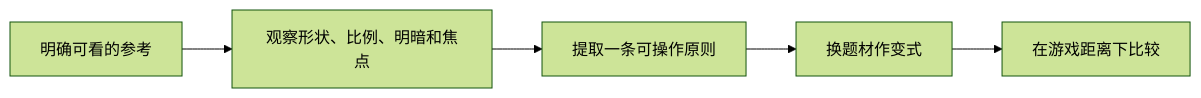
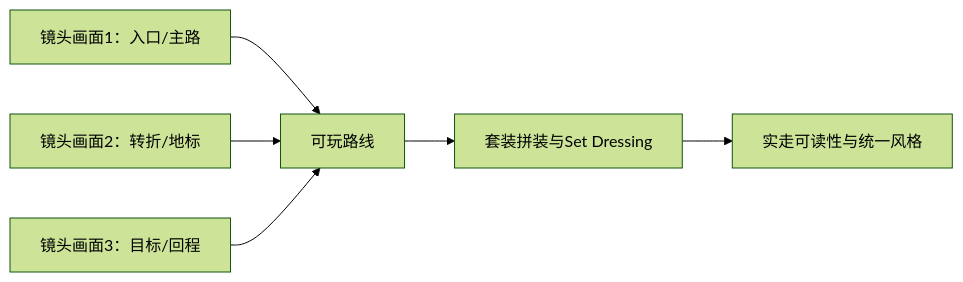
The diagram in curriculum/dialogues/D04.md (Zilur/ai-3d-game-learning), drawn with Mermaid (forest theme) before and after one commit. The commit also changed other lines of this file and 57 other files, not shown here.

````diff
--- a/curriculum/dialogues/D04.md
+++ b/curriculum/dialogues/D04.md
@@ -27,7 +27,8 @@
 ```mermaid
 flowchart LR
- R["明确可看的参考"] --> O["观察形状、比例、明暗和焦点"]
- O --> C["提取一条可操作原则"]
- C --> V["换题材作变式"]
- V --> G["在游戏距离下比较"]
+  C1["镜头画面1：入口/主路"] --> R["可玩路线"]
+  C2["镜头画面2：转折/地标"] --> R
+  C3["镜头画面3：目标/回程"] --> R
+  R --> S["套装拼装与Set Dressing"]
+  S --> V["实走可读性与统一风格"]
 ```
````
